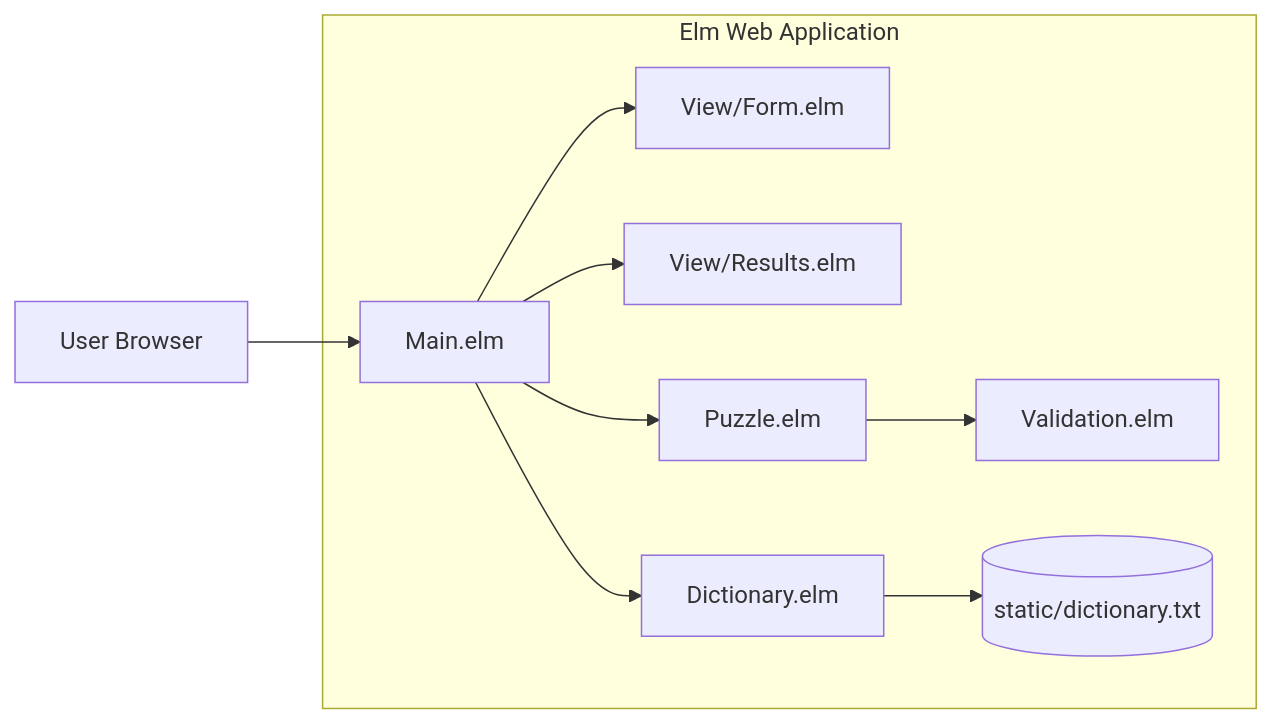
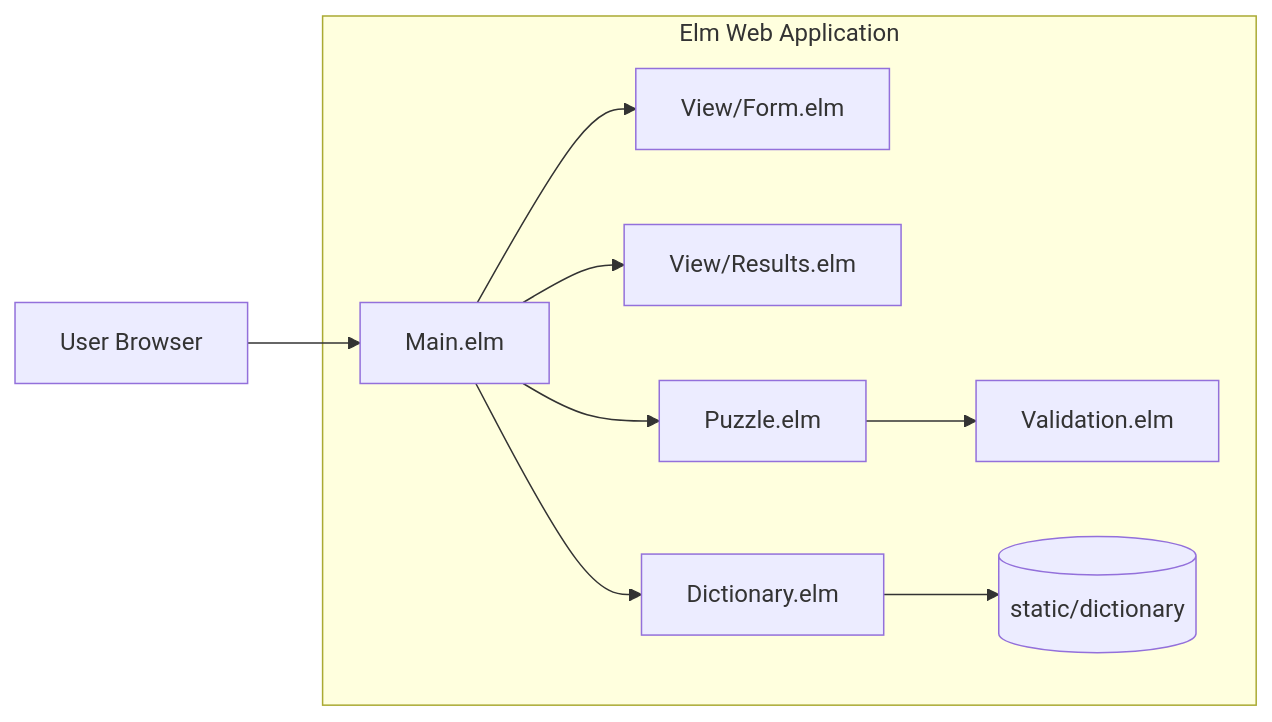
Before and after one commit to frankhjung/elm-wordpuzzle: the second of 3 diagrams in README.md, drawn with Mermaid. The commit also changed other lines of this file and 13 other files, not shown here.

````diff
--- a/README.md
+++ b/README.md
@@ -209,22 +202,22 @@
 ```mermaid
 flowchart LR
-  U[User Browser]
+    U[User Browser]
 
-  subgraph WebApp[Elm Web Application]
-    M[Main.elm]
-    F[View/Form.elm]
-    R[View/Results.elm]
-    P[Puzzle.elm]
-    V[Validation.elm]
-    D[Dictionary.elm]
-    T[(static/dictionary.txt)]
-  end
+    subgraph WebApp[Elm Web Application]
+        M[Main.elm]
+        F[View/Form.elm]
+        R[View/Results.elm]
+        P[Puzzle.elm]
+        V[Validation.elm]
+        D[Dictionary.elm]
+        T[(static/dictionary)]
+    end
 
-  U --> M
-  M --> F
-  M --> R
-  M --> D
-  M --> P
-  P --> V
-  D --> T
+    U --> M
+    M --> F
+    M --> R
+    M --> D
+    M --> P
+    P --> V
+    D --> T
 ```
````
